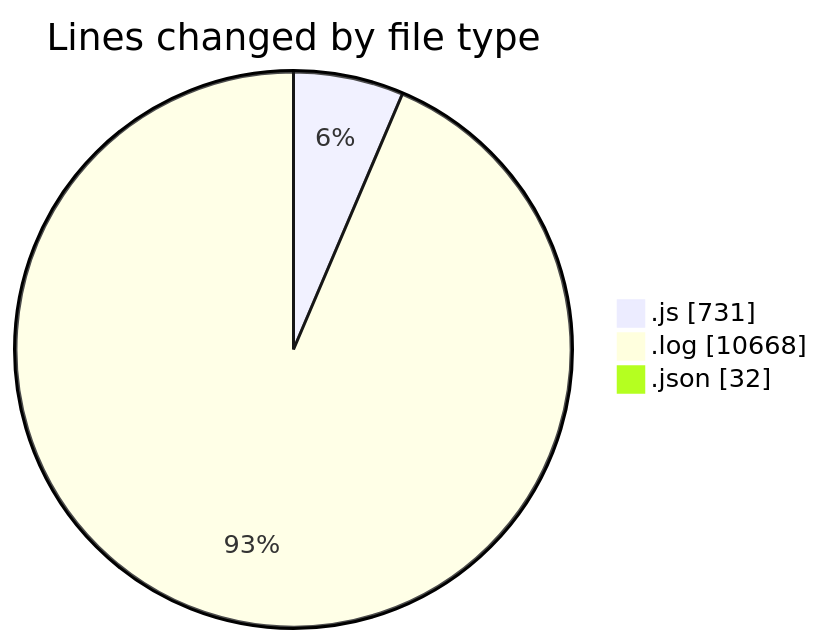
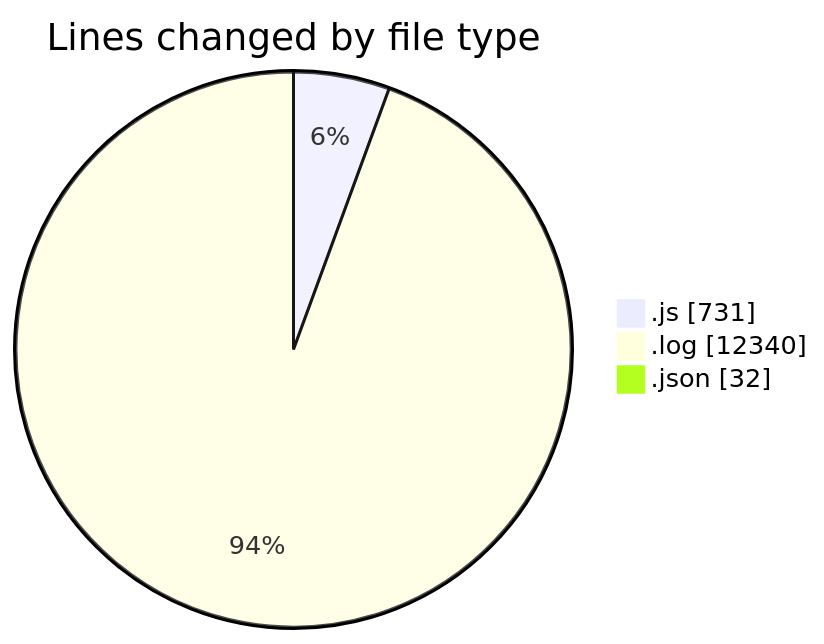
Before and after one commit to nxtqubesakshisongat/code-tracking: the first of 2 diagrams in 2025-04-15/nxtqube_webapp/README.md, drawn with Mermaid. The commit also changed other lines of this file and 1 other file, not shown here.

````diff
--- a/2025-04-15/nxtqube_webapp/README.md
+++ b/2025-04-15/nxtqube_webapp/README.md
@@ -29,7 +30,7 @@
 ```mermaid
 pie showData
 title Lines changed by file type
 ".js" : 731
-".log" : 10668
+".log" : 12340
 ".json" : 32
 ```
````
